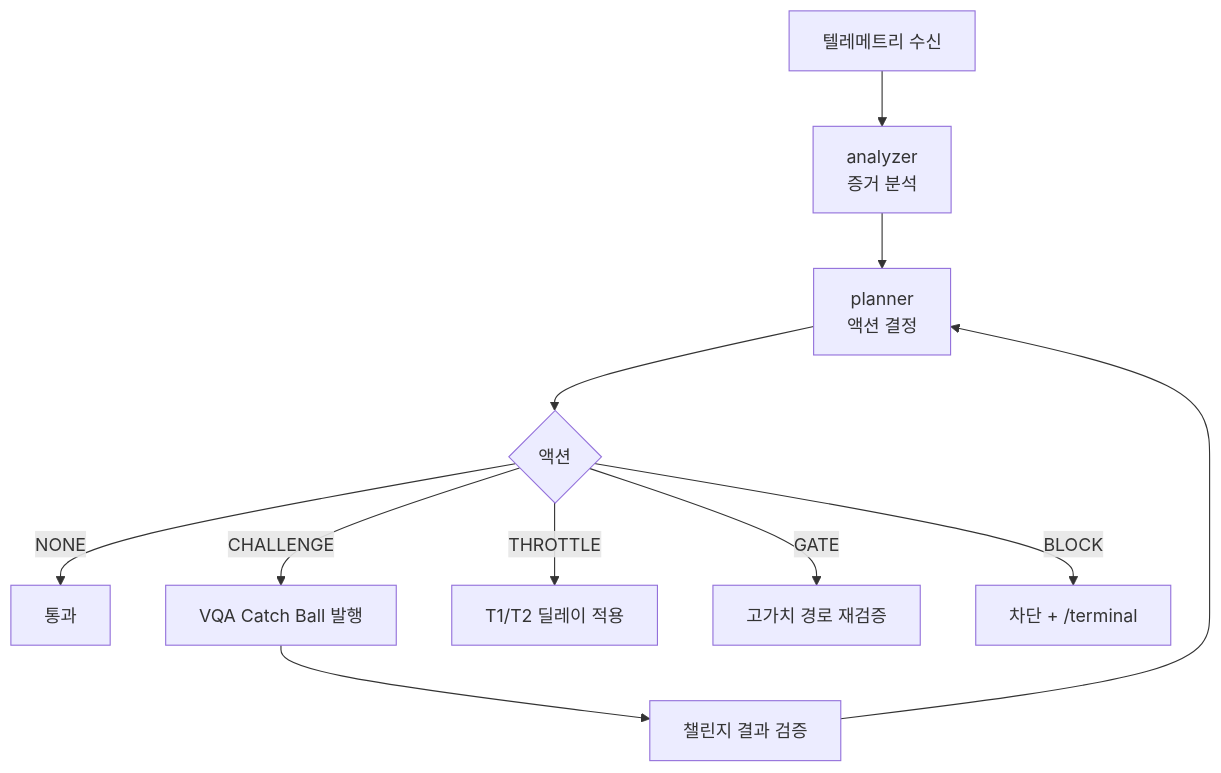
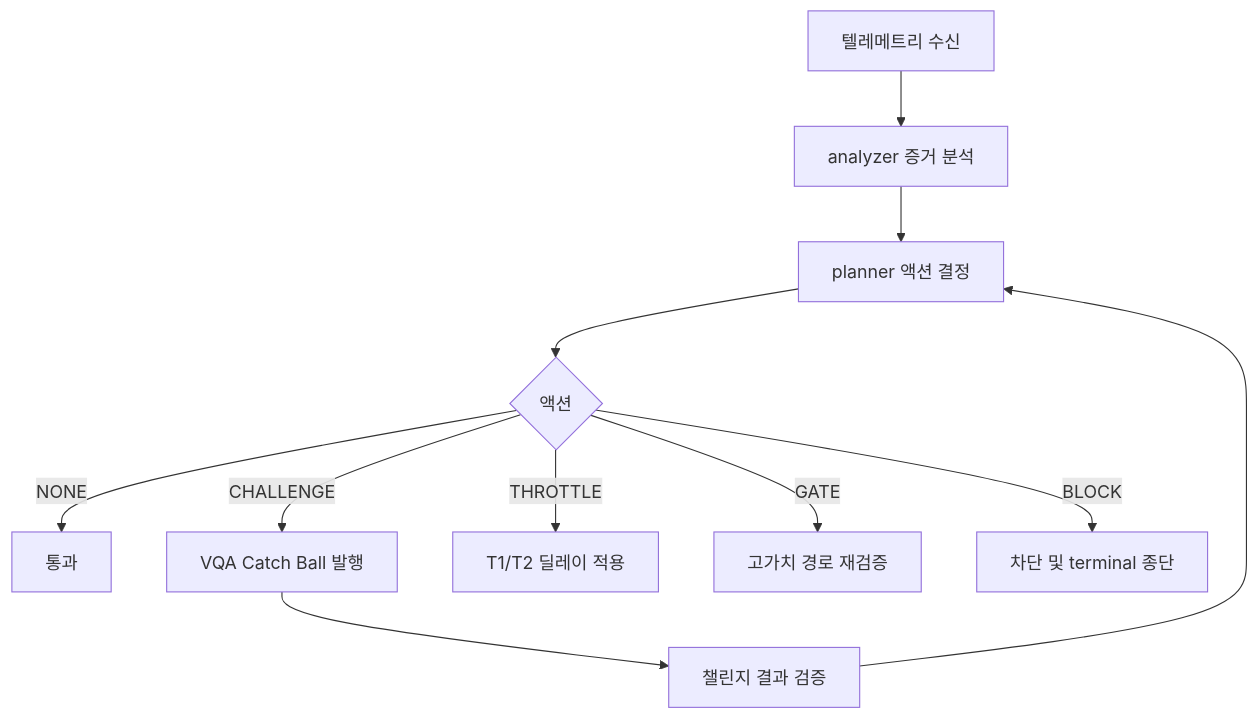
The third of 3 diagrams in README.md (goorm-gongbang/201-goormgb-ai), drawn with Mermaid before and after one commit. The commit also changed other lines of this file, not shown here.

First line of the commit message:
fix(readme): mermaid 렉시컬 에러 수정

````diff
--- a/README.md
+++ b/README.md
@@ -228,13 +225,13 @@
 ```mermaid
 flowchart TD
-  T[텔레메트리 수신] --> A[analyzer\n증거 분석]
-  A --> P[planner\n액션 결정]
+  T[텔레메트리 수신] --> A[analyzer 증거 분석]
+  A --> P[planner 액션 결정]
   P --> ACT{액션}
   ACT -->|NONE| PASS[통과]
   ACT -->|CHALLENGE| CH[VQA Catch Ball 발행]
   ACT -->|THROTTLE| TH[T1/T2 딜레이 적용]
   ACT -->|GATE| GT[고가치 경로 재검증]
-  ACT -->|BLOCK| BL[차단 + /terminal]
+  ACT -->|BLOCK| BL[차단 및 terminal 종단]
   CH --> VER[챌린지 결과 검증]
   VER --> P
 ```
````
